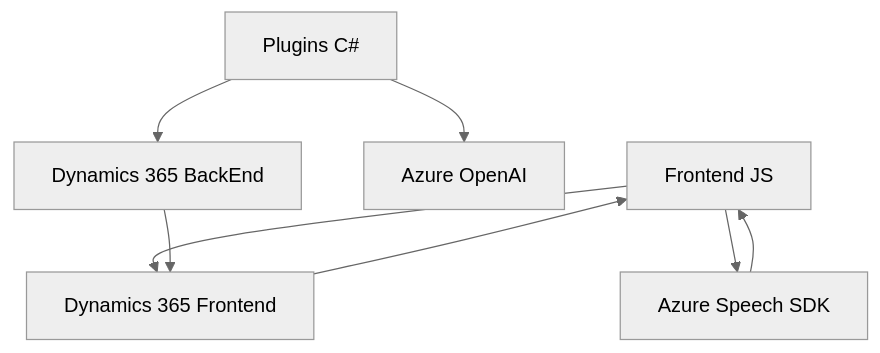
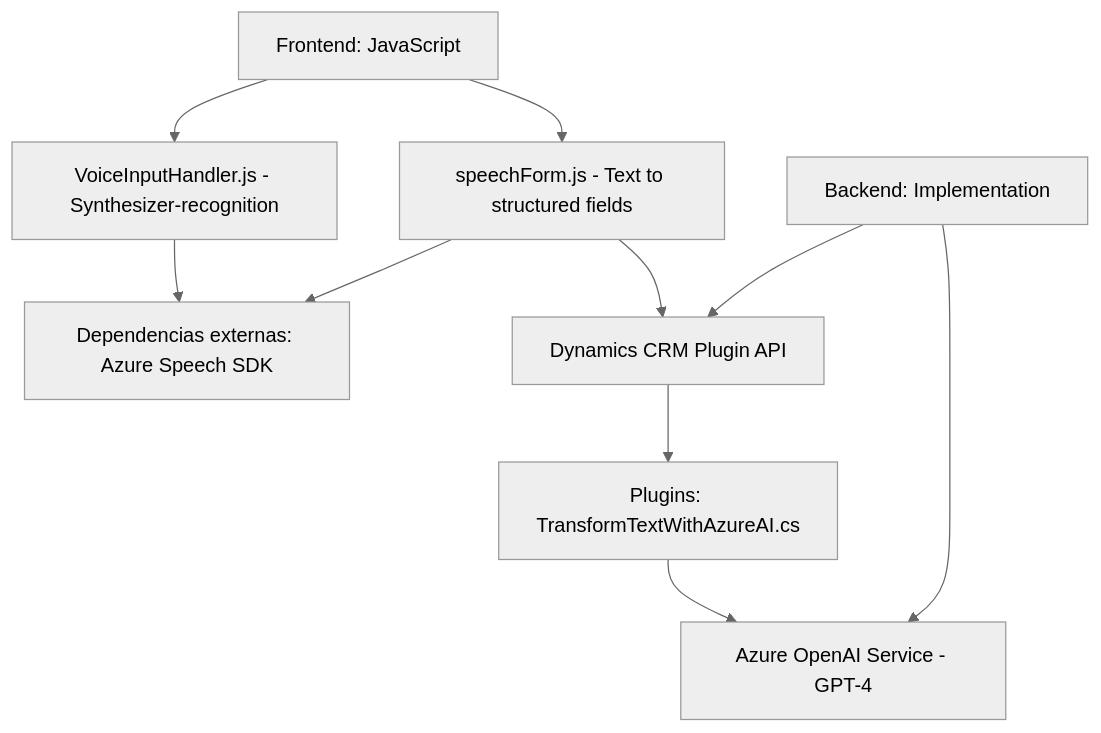
Before and after one commit to blopezdm/NETCORE_BILBAO2025: the diagram in README.md, drawn with Mermaid (neutral theme). The commit also changed other lines of this file, not shown here.

````diff
--- a/README.md
+++ b/README.md
@@ -48,17 +31,21 @@
 ```mermaid
 graph TD
-    A["Frontend JS"]
-    B["Azure Speech SDK"]
-    C["Dynamics 365 Frontend"]
-    D["Plugins C#"]
-    E["Azure OpenAI"]
-    F["Dynamics 365 BackEnd"]
+    A["Frontend: JavaScript"]
+    B["VoiceInputHandler.js - Synthesizer-recognition"]
+    C["speechForm.js - Text to structured fields"]
+    D["Dependencias externas: Azure Speech SDK"]
+    E["Plugins: TransformTextWithAzureAI.cs"]
+    F["Dynamics CRM Plugin API"]
+    G["Backend: Implementation"]
+    H["Azure OpenAI Service - GPT-4"]
 
     A --> B
     A --> C
-    D --> E
-    D --> F
-    F --> C
-    C --> A
-    B --> A
+    B --> D
+    C --> D
+    C --> F
+    F --> E
+    E --> H
+    G --> F
+    G --> H
 ```
````
